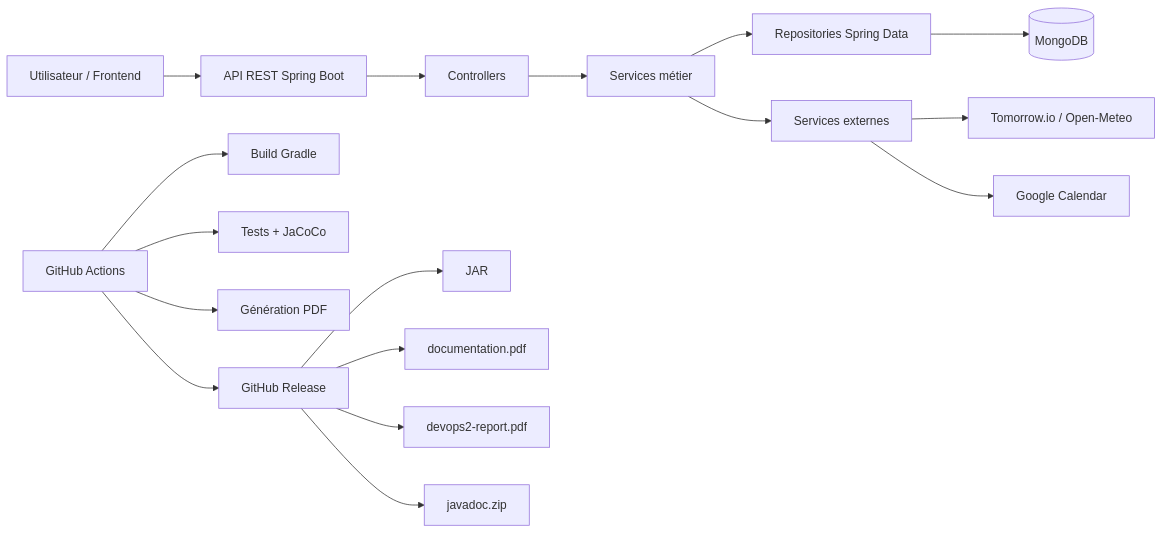
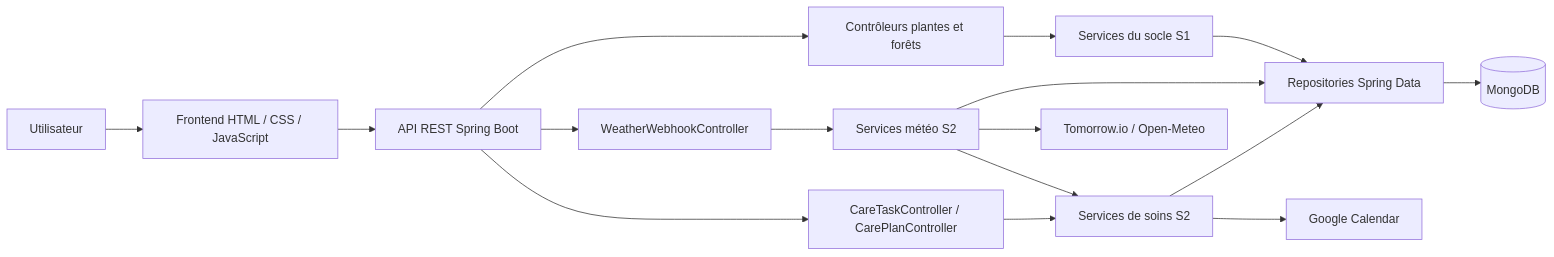
One commit to fasai444/GreenDesk changed the first of 7 diagrams in docs/reports/devops-2-github-actions-report.md. Above: the diagram before and after it, drawn with Mermaid. The commit also changed other lines of this file, not shown here.

Commit message:
docs: improve S1 to S2 architecture diagrams

````diff
--- a/docs/reports/devops-2-github-actions-report.md
+++ b/docs/reports/devops-2-github-actions-report.md
@@ -65,22 +67,22 @@
 ```mermaid
 flowchart LR
-    U[Utilisateur / Frontend] --> API[API REST Spring Boot]
-    API --> C[Controllers]
-    C --> S[Services métier]
-    S --> R[Repositories Spring Data]
+    U[Utilisateur] --> WEB[Frontend HTML / CSS / JavaScript]
+    WEB --> API[API REST Spring Boot]
+
+    API --> PC[Contrôleurs plantes et forêts]
+    API --> WC[WeatherWebhookController]
+    API --> CC[CareTaskController / CarePlanController]
+
+    PC --> PS[Services du socle S1]
+    WC --> WS[Services météo S2]
+    CC --> CS[Services de soins S2]
+
+    PS --> R[Repositories Spring Data]
+    WS --> R
+    CS --> R
     R --> DB[(MongoDB)]
 
-    S --> EXT[Services externes]
-    EXT --> WEATHER[Tomorrow.io / Open-Meteo]
-    EXT --> CAL[Google Calendar]
-
-    GH[GitHub Actions] --> BUILD[Build Gradle]
-    GH --> TESTS[Tests + JaCoCo]
-    GH --> PDF[Génération PDF]
-    GH --> REL[GitHub Release]
-
-    REL --> A1[JAR]
-    REL --> A2[documentation.pdf]
-    REL --> A3[devops2-report.pdf]
-    REL --> A4[javadoc.zip]
+    WS --> WEATHER[Tomorrow.io / Open-Meteo]
+    CS --> CAL[Google Calendar]
+    WS --> CS
 ```
````
